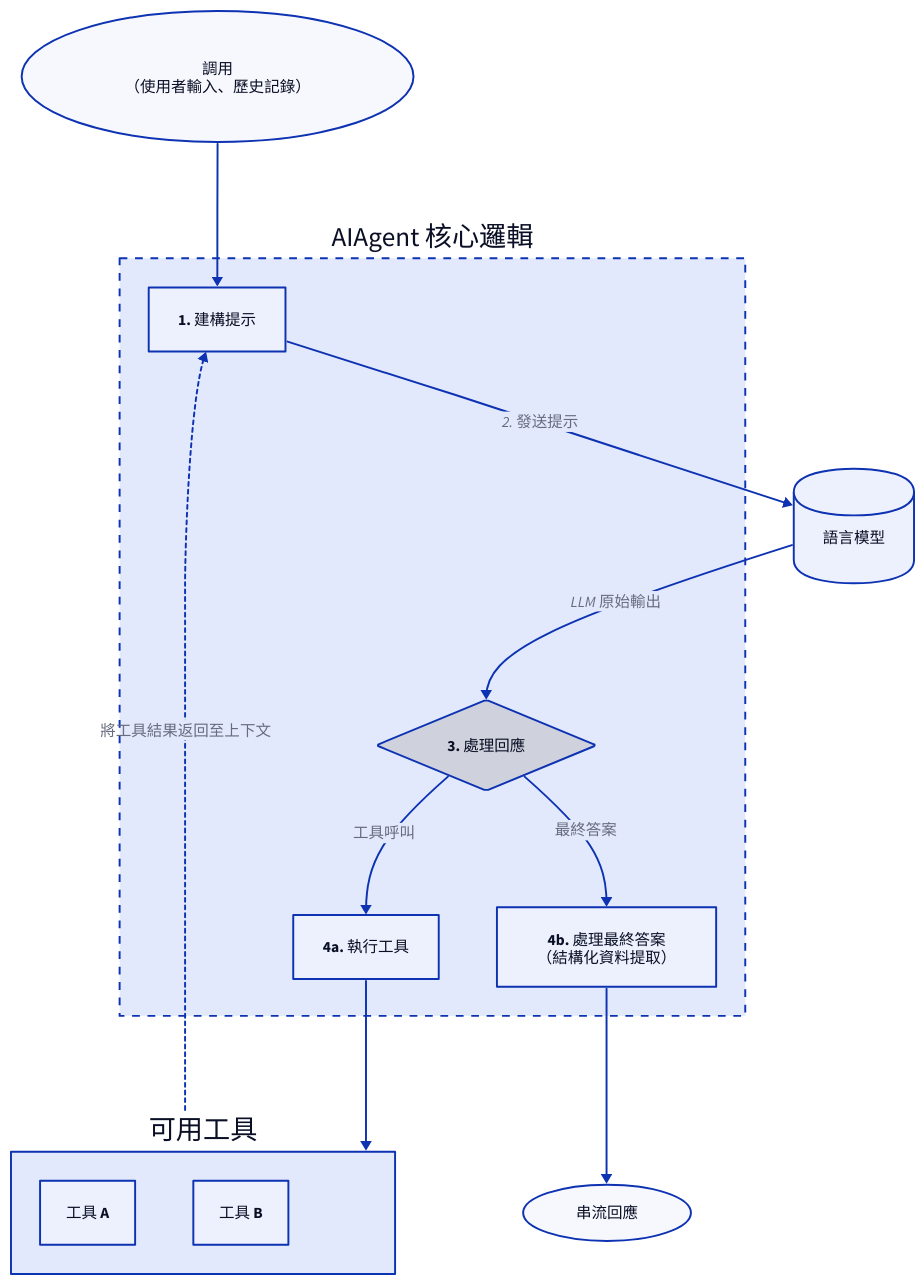
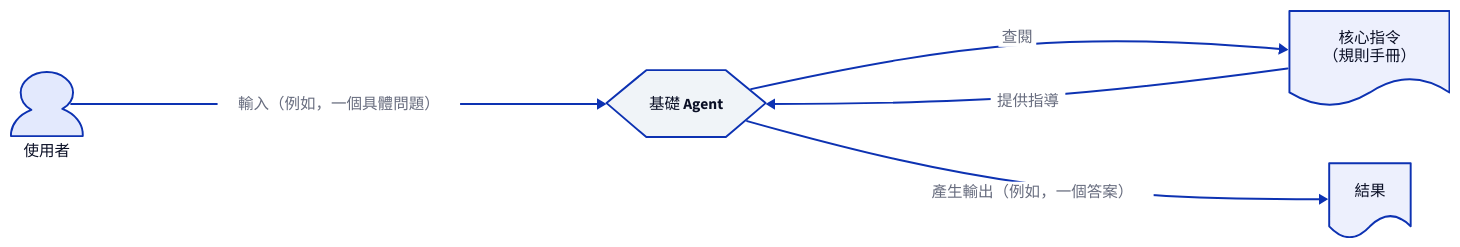
Before and after one commit to AIGNE-io/aigne-framework: the diagram in .aigne/doc-smith/docs/user-guide-understanding-agents-basic-agents.zh-TW.md, drawn with D2. The commit also changed other lines of this file and 191 other files, not shown here.

````diff
--- a/.aigne/doc-smith/docs/user-guide-understanding-agents-basic-agents.zh-TW.md
+++ b/.aigne/doc-smith/docs/user-guide-understanding-agents-basic-agents.zh-TW.md
@@ -1,65 +30,29 @@
-```d2
-direction: down
+```d2 icon=material-symbols:robot-2-outline
+direction: right
 
-Invocation: {
-  label: "調用\n（使用者輸入、歷史記錄）"
-  shape: oval
+User: {
+  label: "使用者"
+  shape: person
 }
 
-AIAgent: {
-  label: "AIAgent 核心邏輯"
-  shape: rectangle
-  style: {
-    stroke-width: 2
-    stroke-dash: 4
-  }
-
-  PromptBuilder: {
-    label: "1. 建構提示"
-    shape: rectangle
-  }
-
-  Response-Handler: {
-    label: "3. 處理回應"
-    shape: diamond
-  }
-
-  Tool-Executor: {
-    label: "4a. 執行工具"
-    shape: rectangle
-  }
-
-  Output-Processor: {
-    label: "4b. 處理最終答案\n（結構化資料提取）"
-    shape: rectangle
-  }
+Agent: {
+  label: "基礎 Agent"
+  shape: hexagon
+  style.fill: "#f0f4f8"
 }
 
-Language-Model: {
-  label: "語言模型"
-  shape: cylinder
+Instructions: {
+  label: "核心指令\n（規則手冊）"
+  shape: document
 }
 
-Tools: {
-  label: "可用工具"
-  shape: rectangle
-  Tool-A: "工具 A"
-  Tool-B: "工具 B"
+Output: {
+  label: "結果"
+  shape: document
 }
 
-Final-Response: {
-  label: "串流回應"
-  shape: oval
-}
-
-Invocation -> AIAgent.PromptBuilder
-AIAgent.PromptBuilder -> Language-Model: "2. 發送提示"
-Language-Model -> AIAgent.Response-Handler: "LLM 原始輸出"
-AIAgent.Response-Handler -> AIAgent.Tool-Executor: "工具呼叫"
-AIAgent.Tool-Executor -> Tools
-Tools -> AIAgent.PromptBuilder: "將工具結果返回至上下文" {
-  style.stroke-dash: 2
-}
-AIAgent.Response-Handler -> AIAgent.Output-Processor: "最終答案"
-AIAgent.Output-Processor -> Final-Response
+User -> Agent: "輸入（例如，一個具體問題）"
+Agent -> Instructions: "查閱"
+Instructions -> Agent: "提供指導"
+Agent -> Output: "產生輸出（例如，一個答案）"
 ```
````
